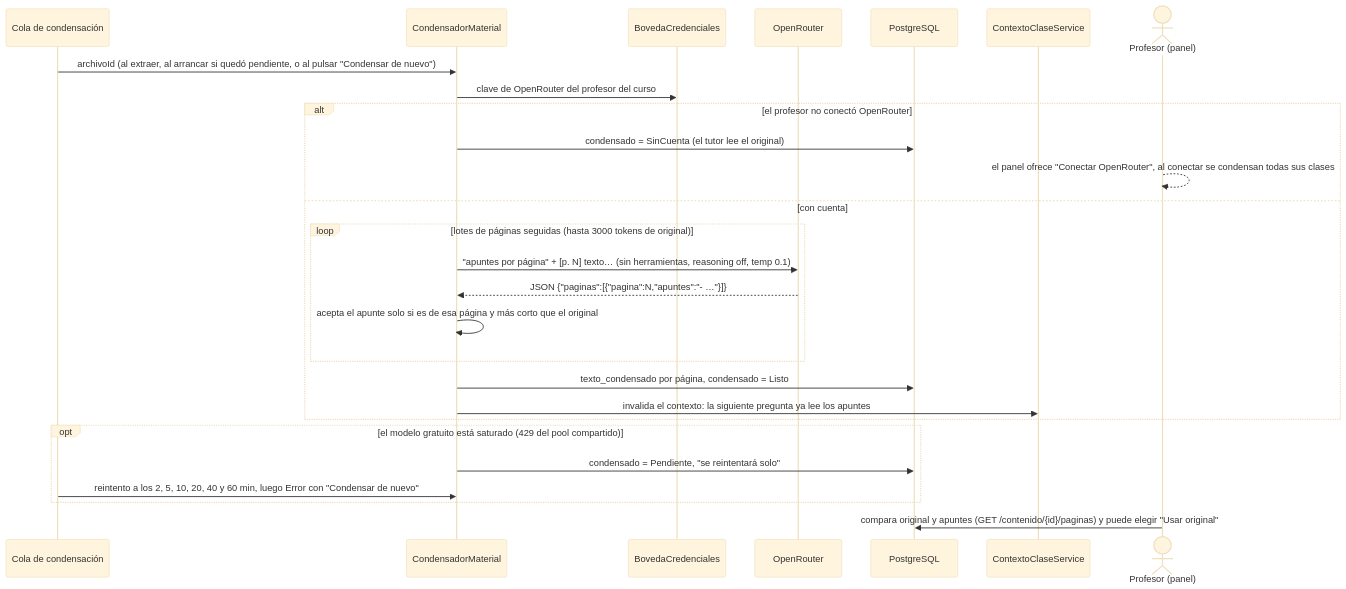
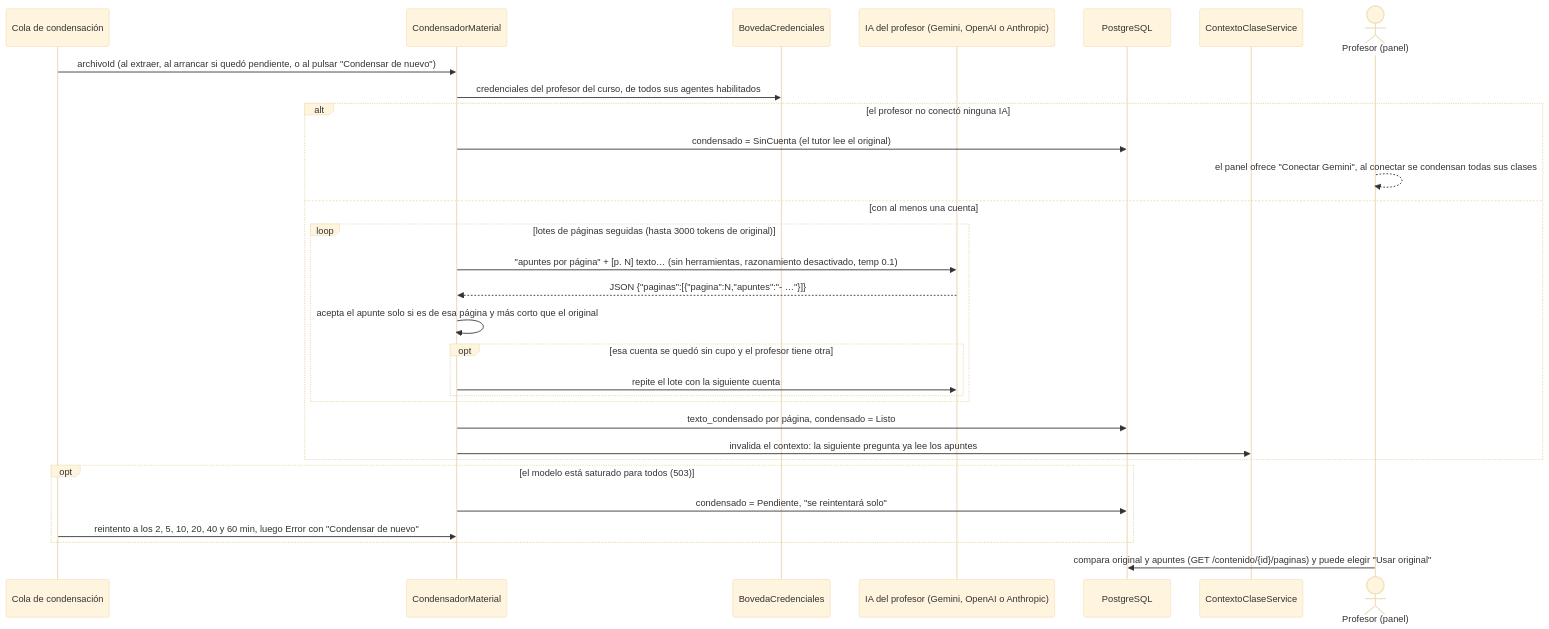
Before and after one commit to hideakiuchida/TutorPre: the fifth of 11 diagrams in specs/05-flujos-del-agente-tutor.md, drawn with Mermaid (base theme). The commit also changed other lines of this file and 26 other files, not shown here.

First line of the commit message:
Specs sin OpenRouter, diagramas al día y guía de usuario en PDF

````diff
--- a/specs/05-flujos-del-agente-tutor.md
+++ b/specs/05-flujos-del-agente-tutor.md
@@ -426,30 +476,33 @@
 ```mermaid
 sequenceDiagram
     participant Q as Cola de condensación
     participant N as CondensadorMaterial
     participant B as BovedaCredenciales
-    participant O as OpenRouter
+    participant O as IA del profesor (Gemini, OpenAI o Anthropic)
     participant D as PostgreSQL
     participant K as ContextoClaseService
     actor P as Profesor (panel)
 
     Q->>N: archivoId (al extraer, al arrancar si quedó pendiente, o al pulsar "Condensar de nuevo")
-    N->>B: clave de OpenRouter del profesor del curso
-    alt el profesor no conectó OpenRouter
+    N->>B: credenciales del profesor del curso, de todos sus agentes habilitados
+    alt el profesor no conectó ninguna IA
         N->>D: condensado = SinCuenta (el tutor lee el original)
-        P-->>P: el panel ofrece "Conectar OpenRouter", al conectar se condensan todas sus clases
-    else con cuenta
+        P-->>P: el panel ofrece "Conectar Gemini", al conectar se condensan todas sus clases
+    else con al menos una cuenta
         loop lotes de páginas seguidas (hasta 3000 tokens de original)
-            N->>O: "apuntes por página" + [p. N] texto… (sin herramientas, reasoning off, temp 0.1)
+            N->>O: "apuntes por página" + [p. N] texto… (sin herramientas, razonamiento desactivado, temp 0.1)
             O-->>N: JSON {"paginas":[{"pagina":N,"apuntes":"- …"}]}
             N->>N: acepta el apunte solo si es de esa página y más corto que el original
+            opt esa cuenta se quedó sin cupo y el profesor tiene otra
+                N->>O: repite el lote con la siguiente cuenta
+            end
         end
         N->>D: texto_condensado por página, condensado = Listo
         N->>K: invalida el contexto: la siguiente pregunta ya lee los apuntes
     end
-    opt el modelo gratuito está saturado (429 del pool compartido)
+    opt el modelo está saturado para todos (503)
         N->>D: condensado = Pendiente, "se reintentará solo"
         Q->>N: reintento a los 2, 5, 10, 20, 40 y 60 min, luego Error con "Condensar de nuevo"
     end
     P->>D: compara original y apuntes (GET /contenido/{id}/paginas) y puede elegir "Usar original"
 ```
````
